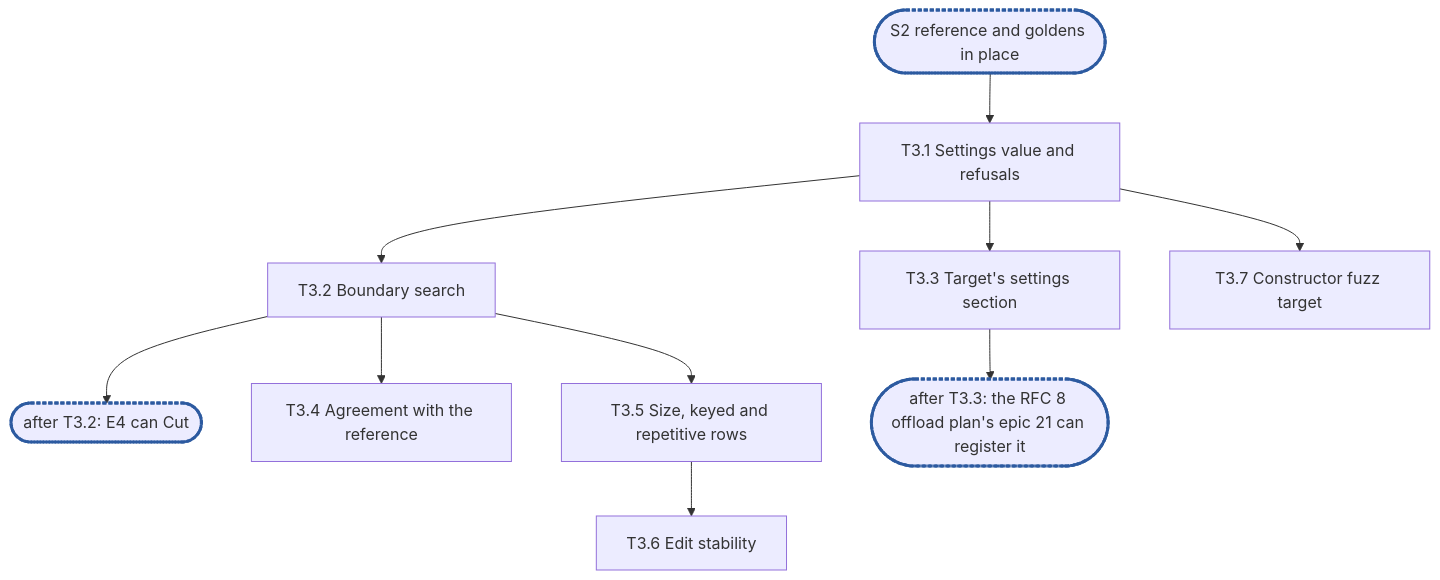
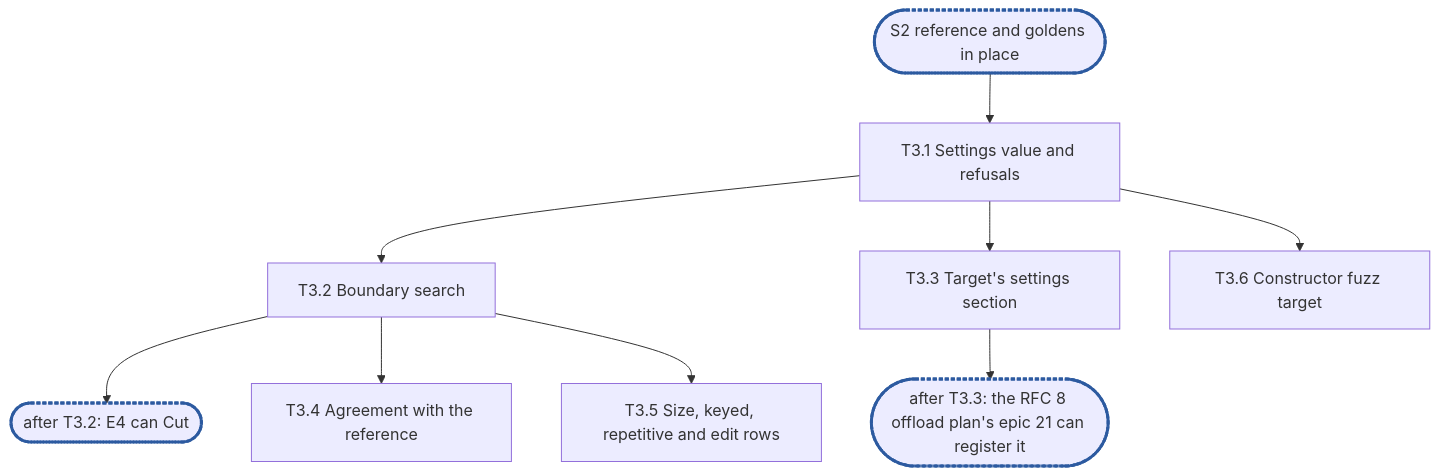
Before and after one commit to cubbit/dittofs: the diagram in .planning/rfc-2-carver-epic3.md, drawn with Mermaid. The commit also changed other lines of this file, not shown here.

````diff
--- a/.planning/rfc-2-carver-epic3.md
+++ b/.planning/rfc-2-carver-epic3.md
@@ -572,13 +572,12 @@
 ```mermaid
 flowchart TD
   S2(["S2 reference and goldens in place"]):::sync --> T3_1["T3.1 Settings value and refusals"]
   T3_1 --> T3_2["T3.2 Boundary search"]
   T3_2 --> C1(["after T3.2: E4 can Cut"]):::sync
   T3_1 --> T3_3["T3.3 Target's settings section"]
   T3_3 --> C2(["after T3.3: the RFC 8 offload plan's epic 21 can register it"]):::sync
   T3_2 --> T3_4["T3.4 Agreement with the reference"]
-  T3_2 --> T3_5["T3.5 Size, keyed and repetitive rows"]
-  T3_5 --> T3_6["T3.6 Edit stability"]
-  T3_1 --> T3_7["T3.7 Constructor fuzz target"]
+  T3_2 --> T3_5["T3.5 Size, keyed, repetitive and edit rows"]
+  T3_1 --> T3_6["T3.6 Constructor fuzz target"]
   classDef sync stroke:#2c5aa0,stroke-width:3px,stroke-dasharray:4 2
 ```
````
